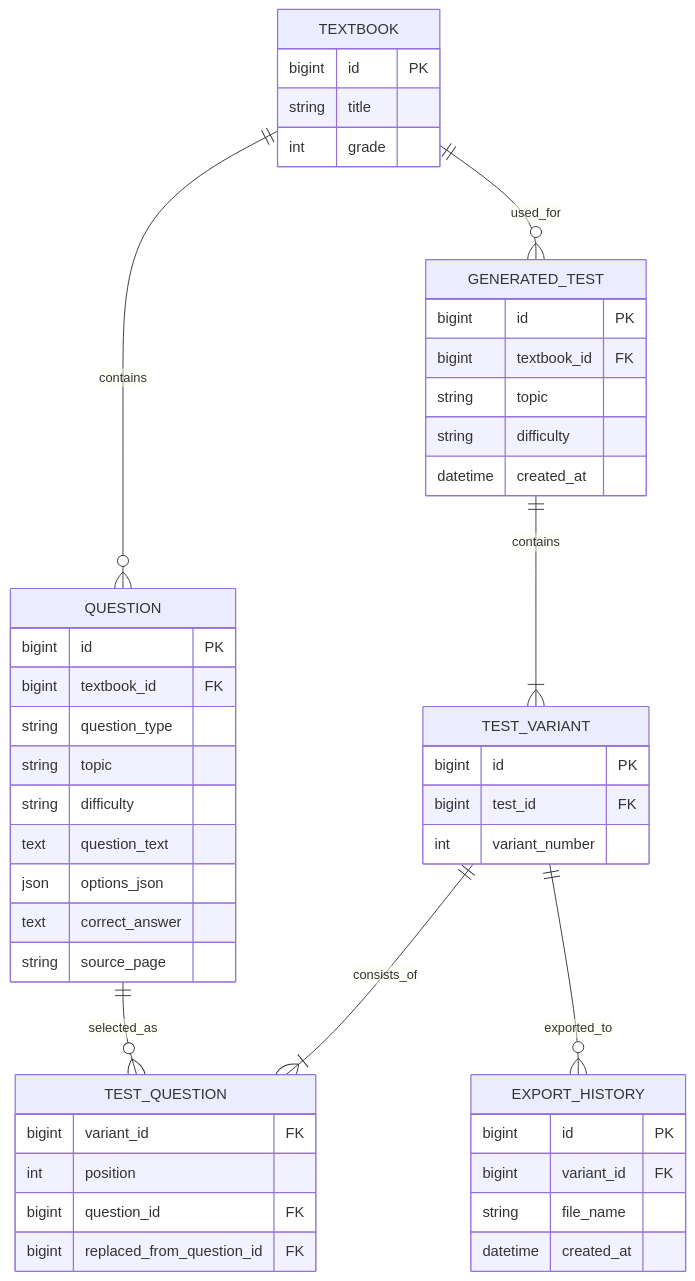
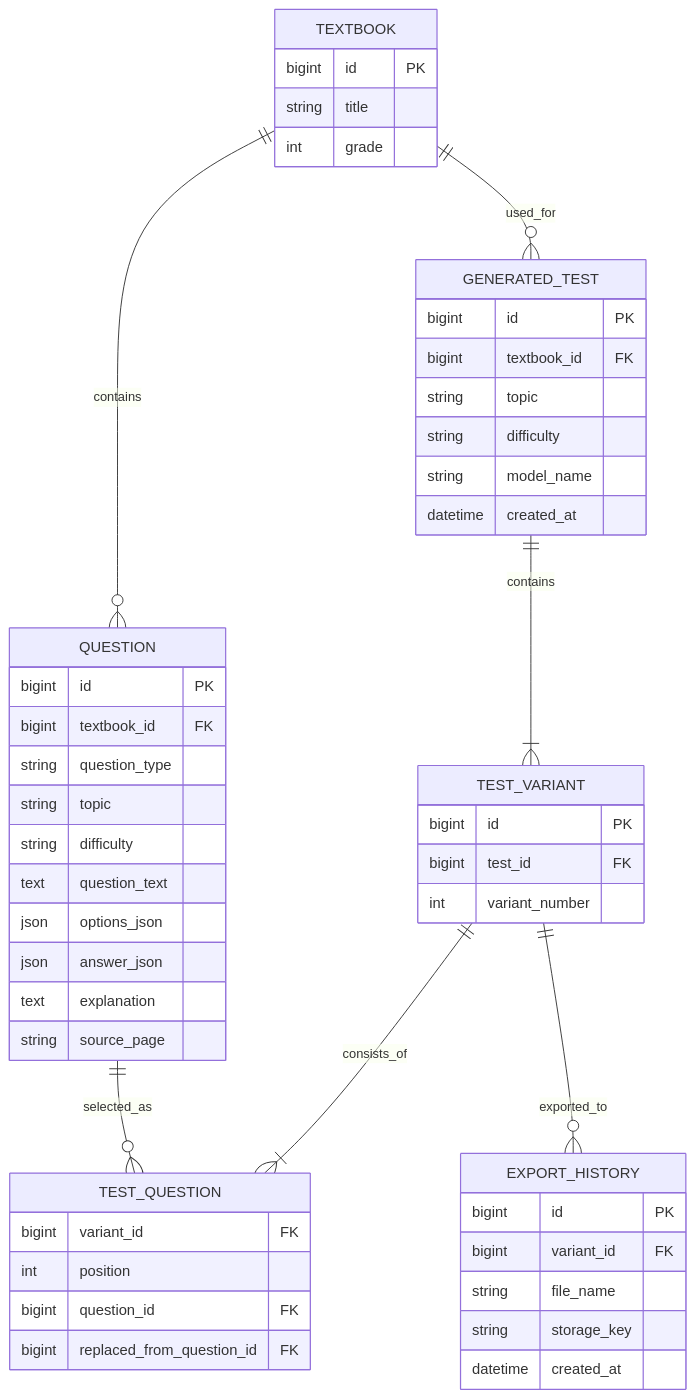
Before and after one commit to us6fu1/system-analysis: the second of 5 diagrams in technical-design.md, drawn with Mermaid. The commit also changed other lines of this file and 6 other files, not shown here.

````diff
--- a/technical-design.md
+++ b/technical-design.md
@@ -16,50 +42,53 @@
 ```mermaid
 erDiagram
     TEXTBOOK ||--o{ QUESTION : contains
     TEXTBOOK ||--o{ GENERATED_TEST : used_for
     GENERATED_TEST ||--|{ TEST_VARIANT : contains
     TEST_VARIANT ||--|{ TEST_QUESTION : consists_of
     QUESTION ||--o{ TEST_QUESTION : selected_as
     TEST_VARIANT ||--o{ EXPORT_HISTORY : exported_to
 
     TEXTBOOK {
         bigint id PK
         string title
         int grade
     }
     QUESTION {
         bigint id PK
         bigint textbook_id FK
         string question_type
         string topic
         string difficulty
         text question_text
         json options_json
-        text correct_answer
+        json answer_json
+        text explanation
         string source_page
     }
     GENERATED_TEST {
         bigint id PK
         bigint textbook_id FK
         string topic
         string difficulty
+        string model_name
         datetime created_at
     }
     TEST_VARIANT {
         bigint id PK
         bigint test_id FK
         int variant_number
     }
     TEST_QUESTION {
         bigint variant_id FK
         int position
         bigint question_id FK
         bigint replaced_from_question_id FK
     }
     EXPORT_HISTORY {
         bigint id PK
         bigint variant_id FK
         string file_name
+        string storage_key
         datetime created_at
     }
 ```
````
